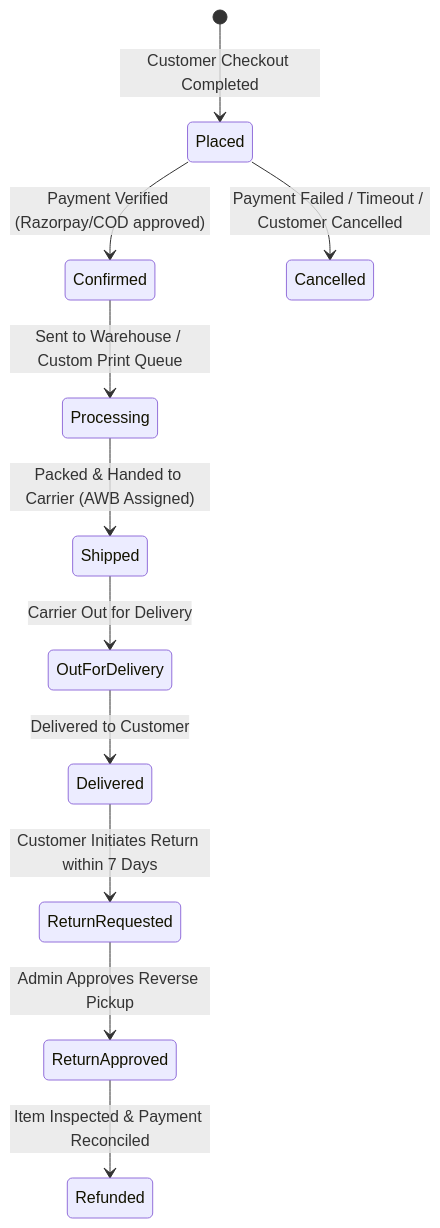
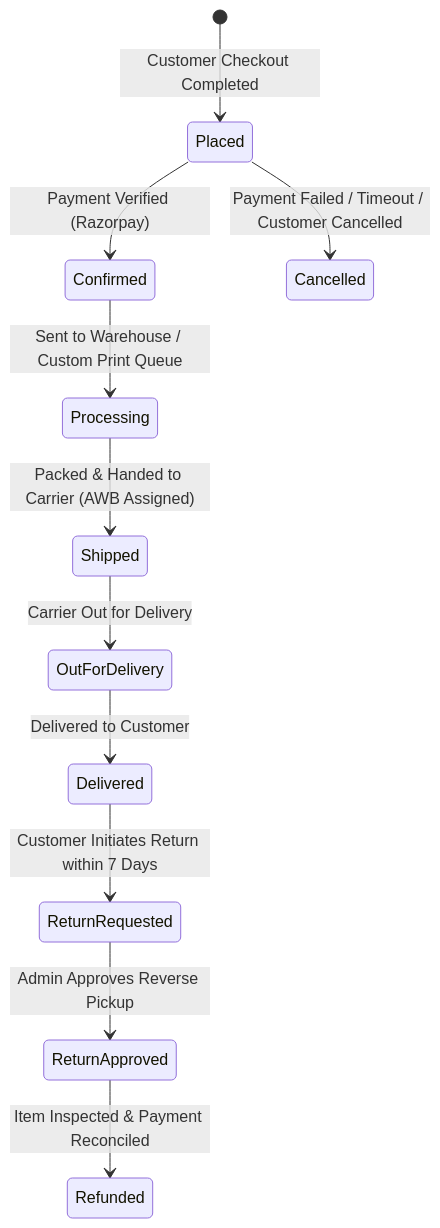
The first of 2 diagrams in prd.md (maniprasad76/Bingooo), drawn with Mermaid before and after one commit. The commit also changed other lines of this file and 27 other files, not shown here.

Commit message:
feat(core): async coalesced store flushes, test catalog fallbacks, and schema migrations

````diff
--- a/prd.md
+++ b/prd.md
@@ -164,13 +164,13 @@
 ```mermaid
 stateDiagram-v2
     [*] --> Placed: Customer Checkout Completed
-    Placed --> Confirmed: Payment Verified (Razorpay/COD approved)
+    Placed --> Confirmed: Payment Verified (Razorpay)
     Placed --> Cancelled: Payment Failed / Timeout / Customer Cancelled
     Confirmed --> Processing: Sent to Warehouse / Custom Print Queue
     Processing --> Shipped: Packed & Handed to Carrier (AWB Assigned)
     Shipped --> OutForDelivery: Carrier Out for Delivery
     OutForDelivery --> Delivered: Delivered to Customer
     Delivered --> ReturnRequested: Customer Initiates Return within 7 Days
     ReturnRequested --> ReturnApproved: Admin Approves Reverse Pickup
     ReturnApproved --> Refunded: Item Inspected & Payment Reconciled
 ```
````
